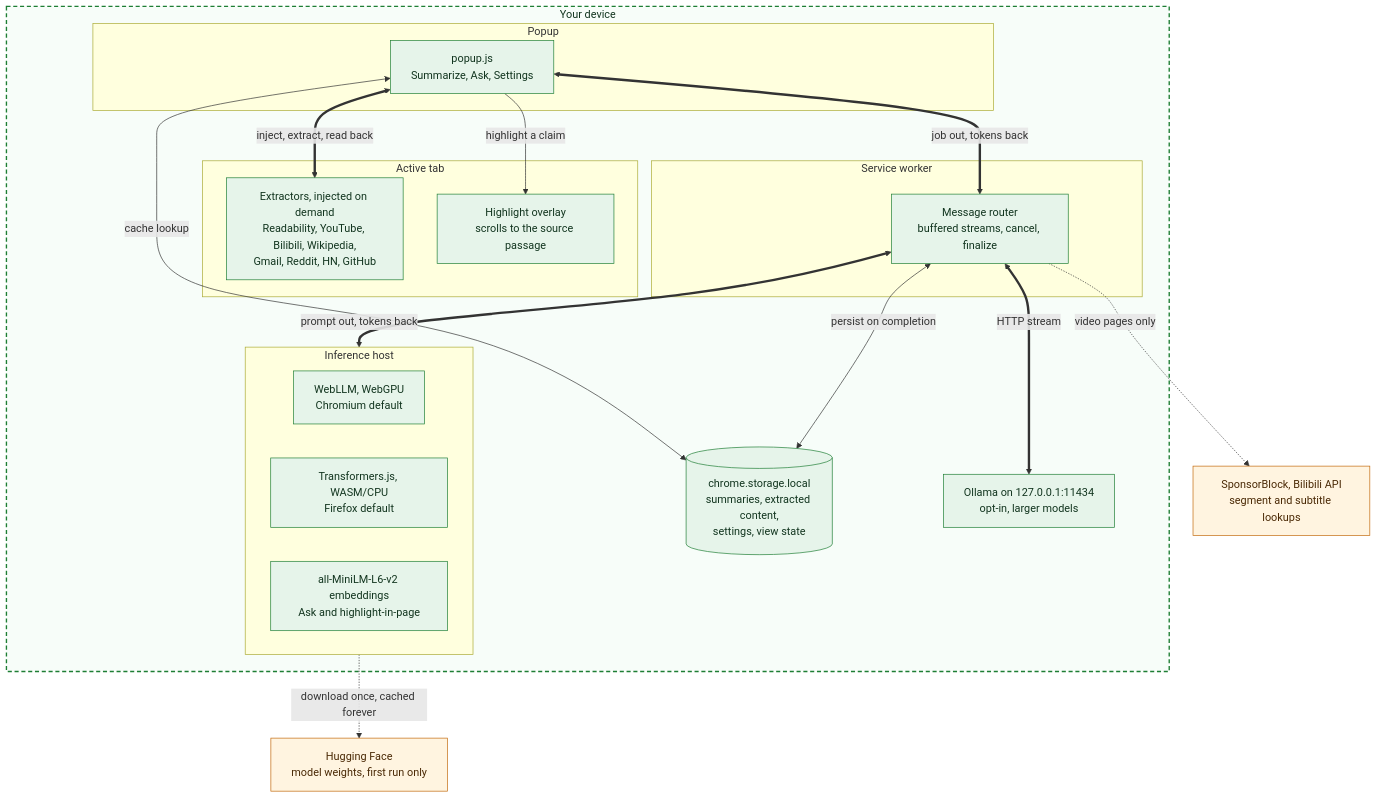
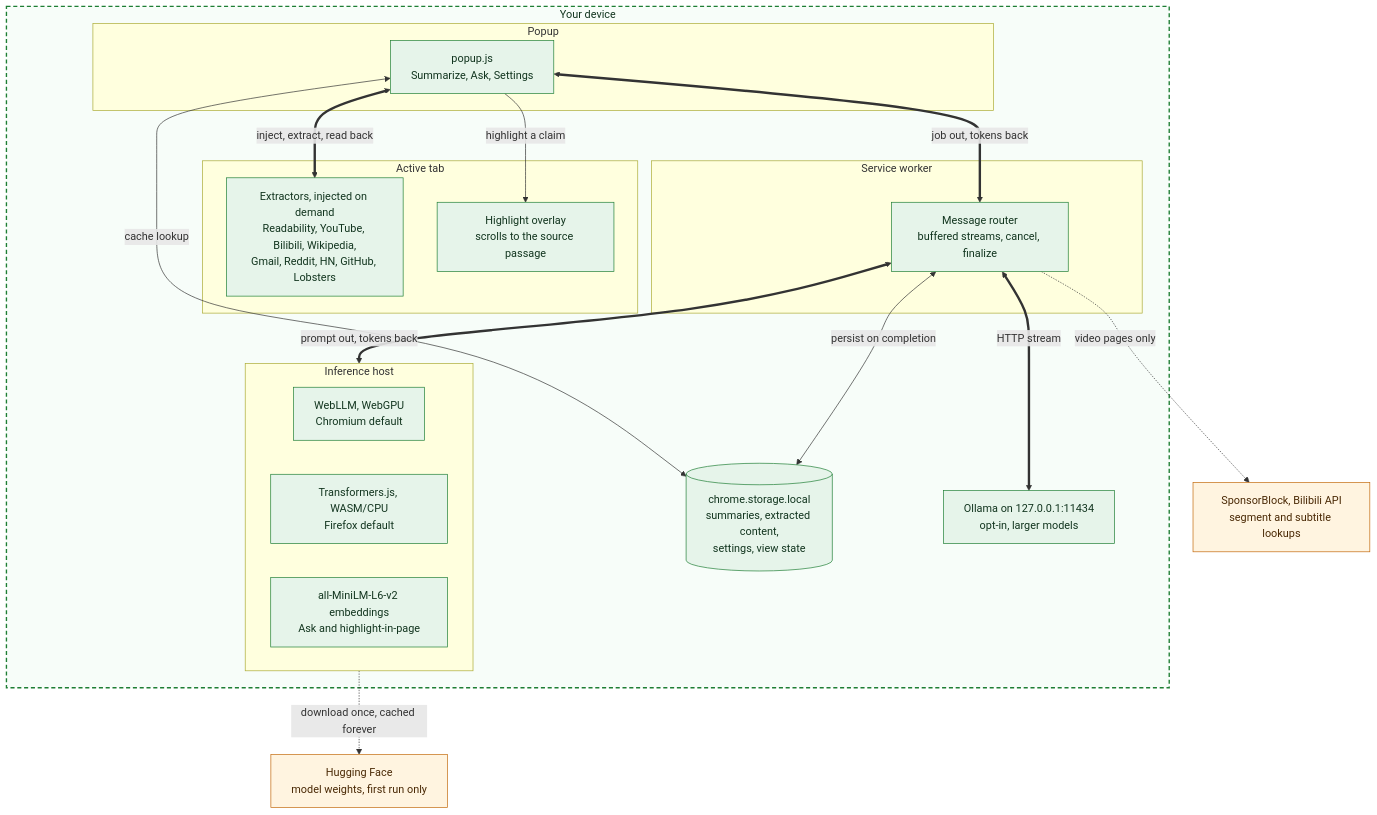
The first of 2 diagrams in README.md (MayurK-cmd/apogee), drawn with Mermaid before and after one commit. The commit also changed 3 other files, not shown here.

````diff
--- a/README.md
+++ b/README.md
@@ -59,46 +59,46 @@
 ```mermaid
 flowchart TD
     subgraph device["Your device"]
         subgraph page["Active tab"]
-            EX["Extractors, injected on demand<br/>Readability, YouTube, Bilibili, Wikipedia,<br/>Gmail, Reddit, HN, GitHub"]
+            EX["Extractors, injected on demand<br/>Readability, YouTube, Bilibili, Wikipedia,<br/>Gmail, Reddit, HN, GitHub, Lobsters"]
             HL["Highlight overlay<br/>scrolls to the source passage"]
         end
 
         subgraph ui["Popup"]
             POPUP["popup.js<br/>Summarize, Ask, Settings"]
         end
 
         subgraph bg["Service worker"]
             ROUTER["Message router<br/>buffered streams, cancel, finalize"]
         end
 
         subgraph host["Inference host"]
             WEBLLM["WebLLM, WebGPU<br/>Chromium default"]
             TJS["Transformers.js, WASM/CPU<br/>Firefox default"]
             EMB["all-MiniLM-L6-v2 embeddings<br/>Ask and highlight-in-page"]
         end
 
         STORE[("chrome.storage.local<br/>summaries, extracted content,<br/>settings, view state")]
         OLLAMA["Ollama on 127.0.0.1:11434<br/>opt-in, larger models"]
     end
 
     HF["Hugging Face<br/>model weights, first run only"]
     APIS["SponsorBlock, Bilibili API<br/>segment and subtitle lookups"]
 
     POPUP <==>|"inject, extract, read back"| EX
     POPUP -->|"highlight a claim"| HL
     POPUP <==>|"job out, tokens back"| ROUTER
     ROUTER <==>|"prompt out, tokens back"| host
     ROUTER <==>|"HTTP stream"| OLLAMA
     POPUP <-->|"cache lookup"| STORE
     ROUTER <-->|"persist on completion"| STORE
 
     host -.->|"download once, cached forever"| HF
     ROUTER -.->|"video pages only"| APIS
 
     classDef local fill:#e6f4ea,stroke:#1e7e34,color:#12351f
     classDef remote fill:#fff4e0,stroke:#c2680a,color:#4a2905
     class EX,HL,POPUP,ROUTER,STORE,WEBLLM,TJS,EMB,OLLAMA local
     class HF,APIS remote
     style device fill:#f7fdf9,stroke:#1e7e34,stroke-width:2px,stroke-dasharray:6 4,color:#12351f
 ```
````
